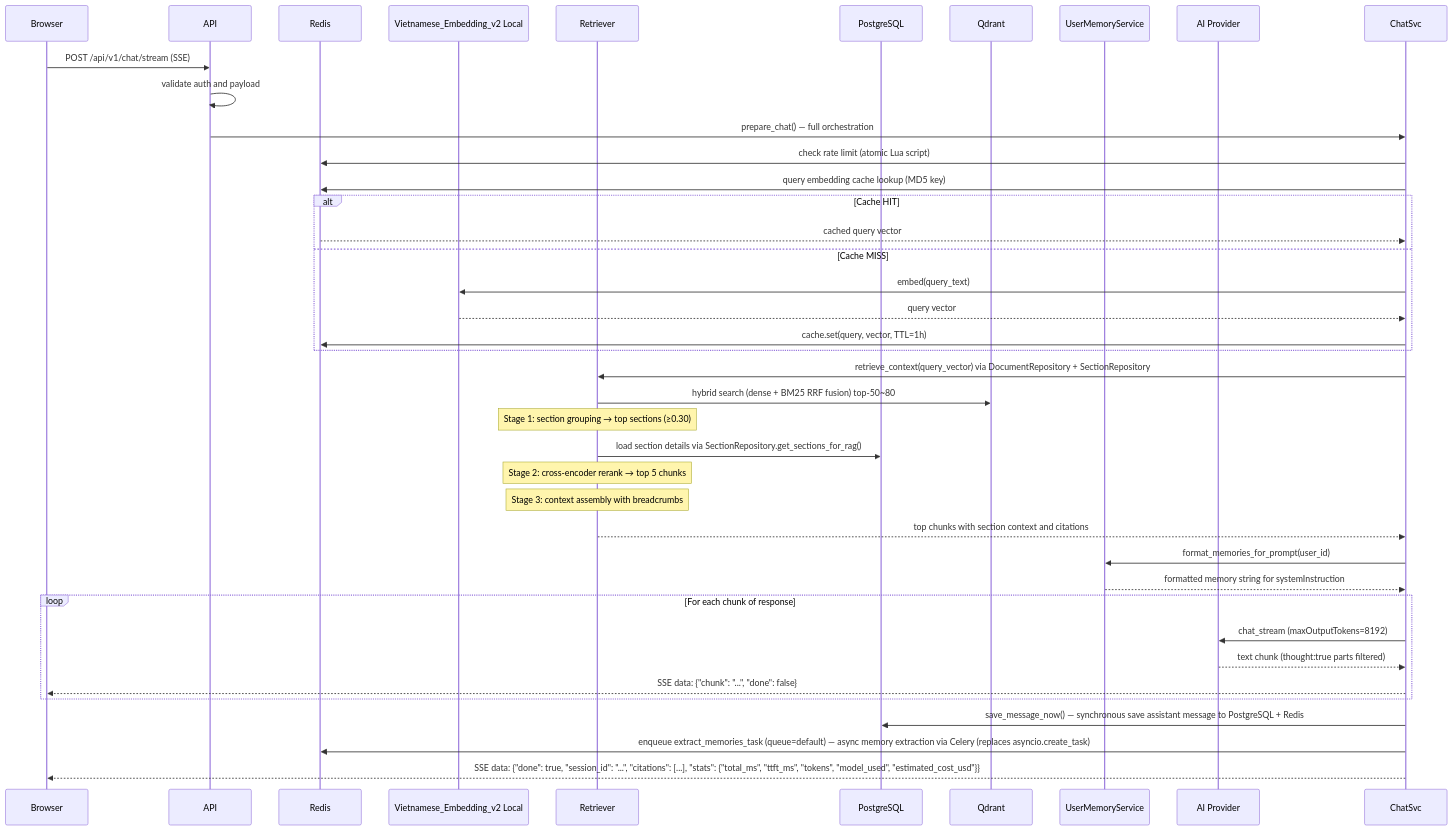
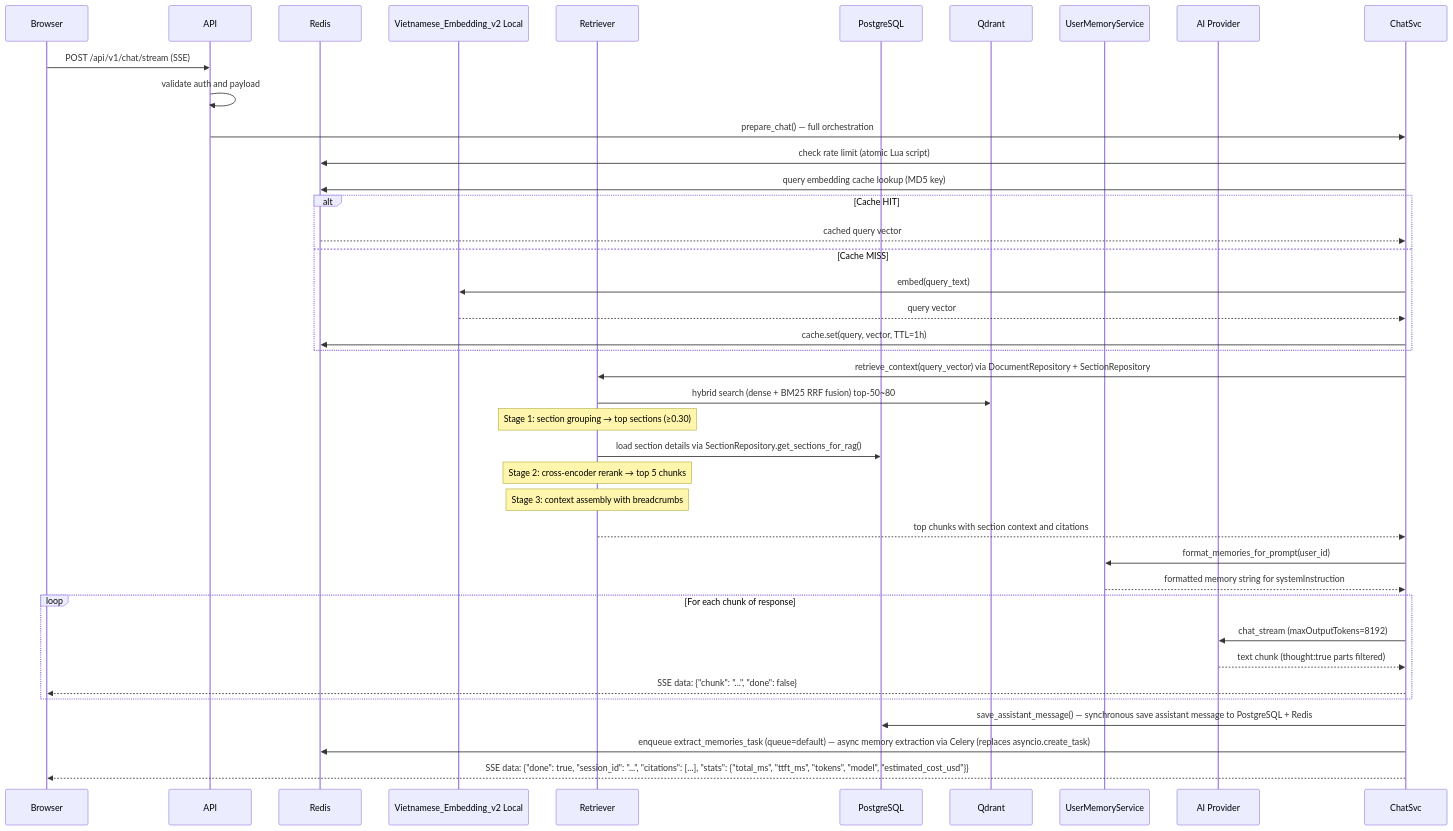
One commit to qtuanph/chatbot-rag changed the second of 5 diagrams in docs/02_WORKFLOWS.md. Above: the diagram before and after it, drawn with Mermaid. The commit also changed other lines of this file and 73 other files, not shown here.

````diff
--- a/docs/02_WORKFLOWS.md
+++ b/docs/02_WORKFLOWS.md
@@ -63,44 +63,44 @@
 ```mermaid
 sequenceDiagram
     participant Browser
     participant API
     participant Redis
     participant Embedder as Vietnamese_Embedding_v2 Local
     participant Retriever
     participant DB as PostgreSQL
     participant Qdrant
     participant Memory as UserMemoryService
     participant Provider as AI Provider
 
     Browser->>API: POST /api/v1/chat/stream (SSE)
     API->>API: validate auth and payload
     API->>ChatSvc: prepare_chat() — full orchestration
     ChatSvc->>Redis: check rate limit (atomic Lua script)
     ChatSvc->>Redis: query embedding cache lookup (MD5 key)
     alt Cache HIT
         Redis-->>ChatSvc: cached query vector
     else Cache MISS
         ChatSvc->>Embedder: embed(query_text)
         Embedder-->>ChatSvc: query vector
         ChatSvc->>Redis: cache.set(query, vector, TTL=1h)
     end
     ChatSvc->>Retriever: retrieve_context(query_vector) via DocumentRepository + SectionRepository
     Retriever->>Qdrant: hybrid search (dense + BM25 RRF fusion) top-50~80
     Note over Retriever: Stage 1: section grouping → top sections (≥0.30)
     Retriever->>DB: load section details via SectionRepository.get_sections_for_rag()
     Note over Retriever: Stage 2: cross-encoder rerank → top 5 chunks
     Note over Retriever: Stage 3: context assembly with breadcrumbs
     Retriever-->>ChatSvc: top chunks with section context and citations
 
     ChatSvc->>Memory: format_memories_for_prompt(user_id)
     Memory-->>ChatSvc: formatted memory string for systemInstruction
 
     loop For each chunk of response
         ChatSvc->>Provider: chat_stream (maxOutputTokens=8192)
         Provider-->>ChatSvc: text chunk (thought:true parts filtered)
         ChatSvc-->>Browser: SSE data: {"chunk": "...", "done": false}
     end
-    ChatSvc->>DB: save_message_now() — synchronous save assistant message to PostgreSQL + Redis
+    ChatSvc->>DB: save_assistant_message() — synchronous save assistant message to PostgreSQL + Redis
     ChatSvc->>Redis: enqueue extract_memories_task (queue=default) — async memory extraction via Celery (replaces asyncio.create_task)
-    ChatSvc-->>Browser: SSE data: {"done": true, "session_id": "...", "citations": [...], "stats": {"total_ms", "ttft_ms", "tokens", "model_used", "estimated_cost_usd"}}
+    ChatSvc-->>Browser: SSE data: {"done": true, "session_id": "...", "citations": [...], "stats": {"total_ms", "ttft_ms", "tokens", "model", "estimated_cost_usd"}}
 ```
````
